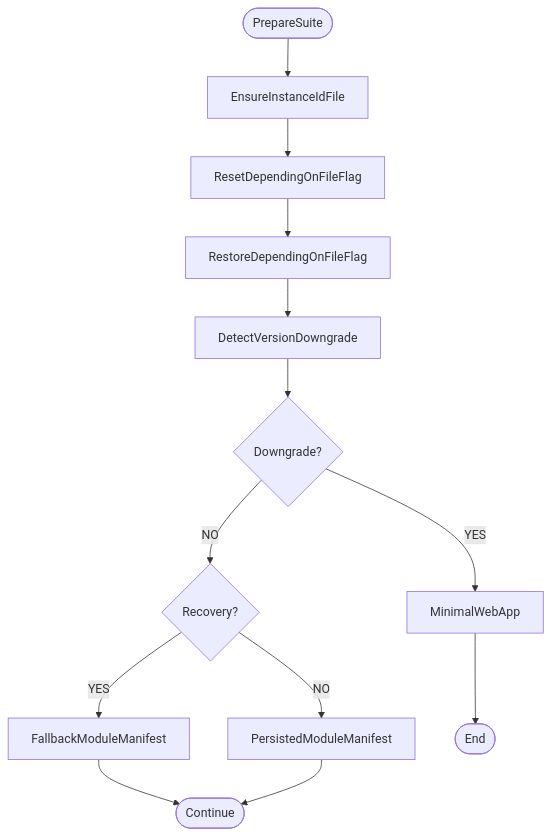
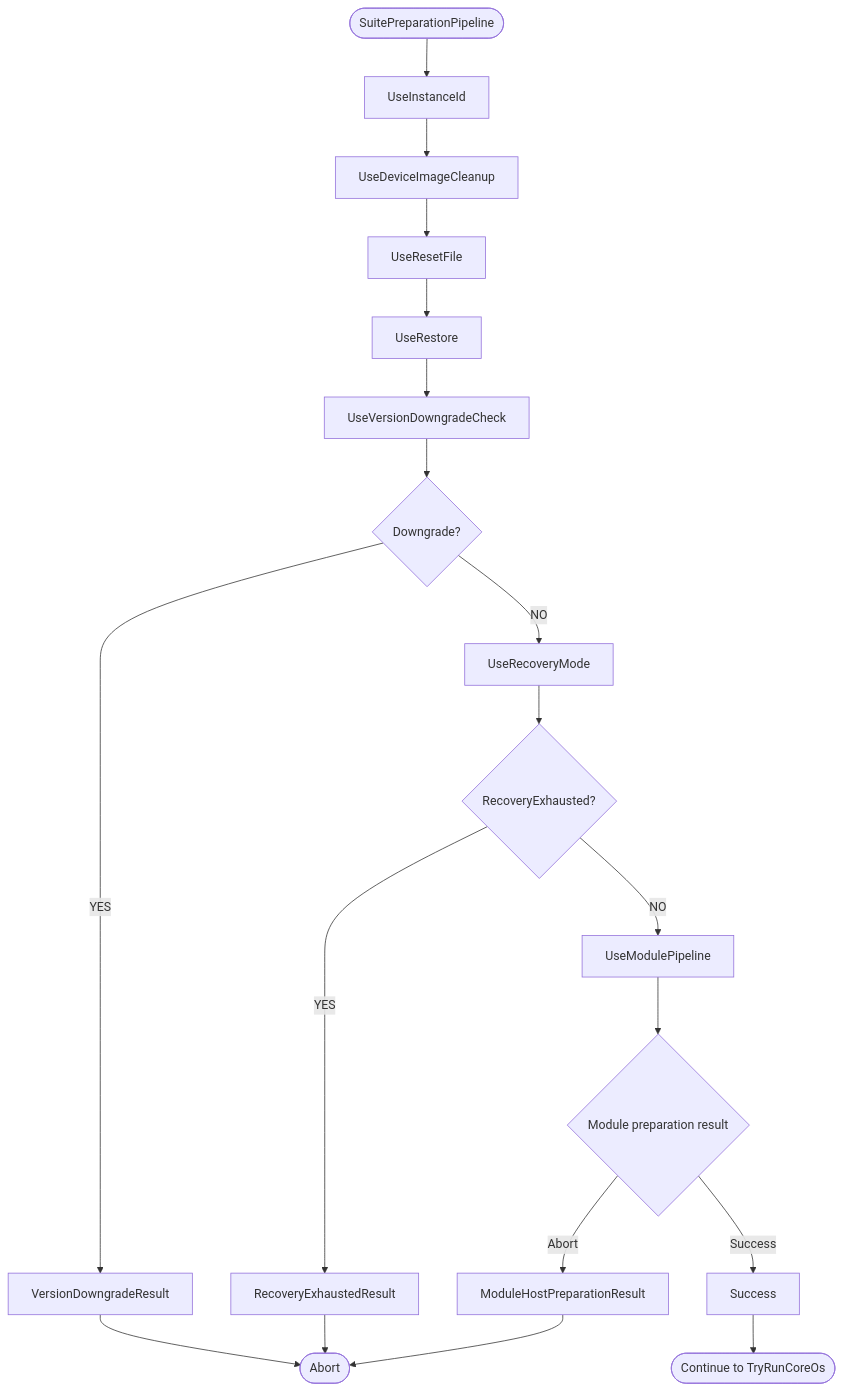
Before and after one commit to vicione-oss/vicione-suite-suite: the second of 4 diagrams in docs/suite-startup.md, drawn with Mermaid. The commit also changed other lines of this file and 30 other files, not shown here.

Commit message:
Resolve "Startup, rework module host preparations"

````diff
--- a/docs/suite-startup.md
+++ b/docs/suite-startup.md
@@ -34,22 +39,26 @@
 ```mermaid
 flowchart TD
-    Start([PrepareSuite])
-    Start --> EnsureInstanceIdFile
-    EnsureInstanceIdFile --> ResetDependingOnFileFlag
-    ResetDependingOnFileFlag --> RestoreDependingOnFileFlag
-    RestoreDependingOnFileFlag --> DetectVersionDowngrade
+    Start([SuitePreparationPipeline])
+    Start --> UseInstanceId
+    UseInstanceId --> UseDeviceImageCleanup
+    UseDeviceImageCleanup --> UseResetFile
+    UseResetFile --> UseRestore
+    UseRestore --> UseVersionDowngradeCheck
 
-    DetectVersionDowngrade --> IsDowngrade{Downgrade?}
-    IsDowngrade -->|YES| MinimalWebApp
-    IsDowngrade -->|NO| IsRecovering{Recovery?} 
+    UseVersionDowngradeCheck --> IsDowngrade{Downgrade?}
+    IsDowngrade -->|YES| VersionDowngradeResult
+    IsDowngrade -->|NO| UseRecoveryMode
 
-    IsRecovering -->|YES| FallbackModuleManifest
-    IsRecovering -->|NO| PersistedModuleManifest
+    UseRecoveryMode --> IsRecoveryExhausted{RecoveryExhausted?}
+    IsRecoveryExhausted -->|YES| RecoveryExhaustedResult
+    IsRecoveryExhausted -->|NO| UseModulePipeline
 
-    MinimalWebApp --> Skip
-    FallbackModuleManifest --> Continue
-    PersistedModuleManifest --> Continue
+    UseModulePipeline --> ModuleResult{Module preparation result}
+    ModuleResult -->|Success| Success
+    ModuleResult -->|Abort| ModuleHostPreparationResult
 
-    Skip([End])
-    Continue([Continue])
+    VersionDowngradeResult --> End([Abort])
+    RecoveryExhaustedResult --> End
+    ModuleHostPreparationResult --> End
+    Success --> Continue([Continue to TryRunCoreOs])
 ```
````
